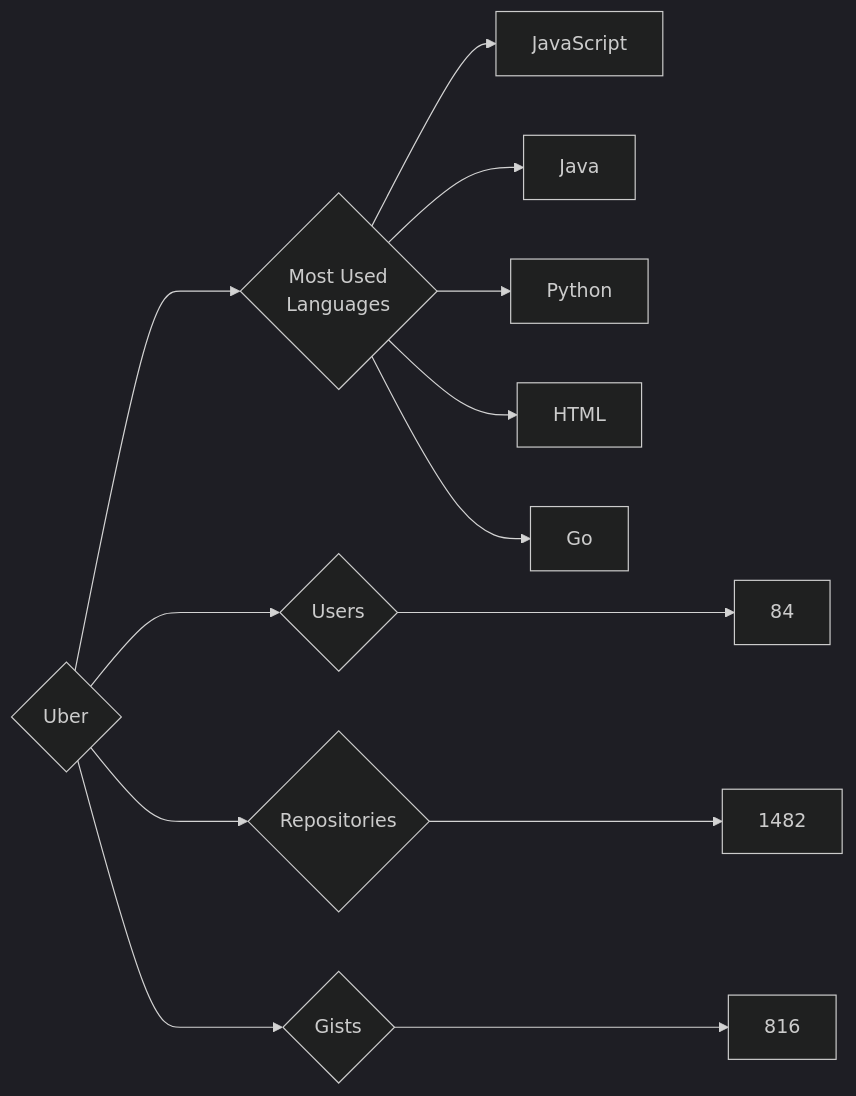
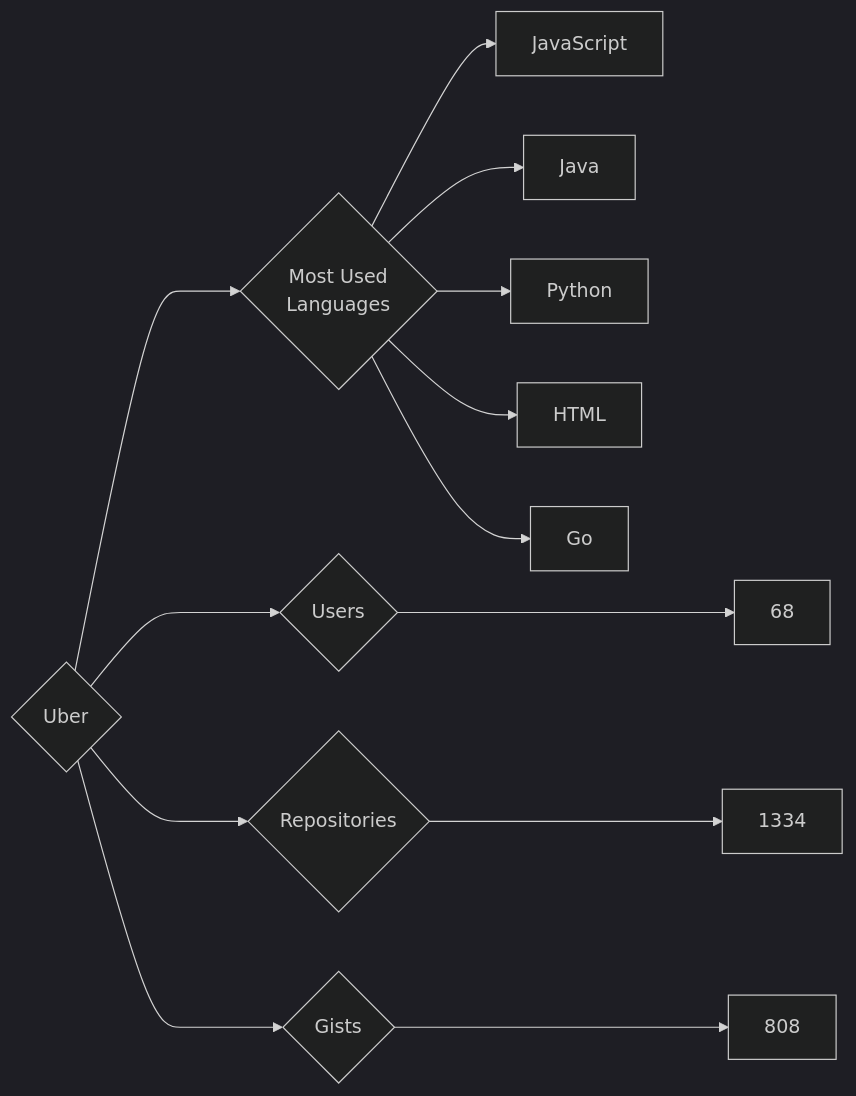
The diagram in targets/Uber/README.md (trickest/insiders), drawn with Mermaid (dark theme) before and after one commit. The commit also changed 677 other files, not shown here.

````diff
--- a/targets/Uber/README.md
+++ b/targets/Uber/README.md
@@ -3,13 +3,13 @@
 ```mermaid
 graph LR
 COMPANY_NAME{Uber}
-COMPANY_NAME ---> U{Users} ---> UN[84]
-COMPANY_NAME ---> R{Repositories} ---> RN[1482]
-COMPANY_NAME ---> G{Gists} ---> GN[816]
+COMPANY_NAME ---> U{Users} ---> UN[68]
+COMPANY_NAME ---> R{Repositories} ---> RN[1334]
+COMPANY_NAME ---> G{Gists} ---> GN[808]
 COMPANY_NAME ---> ML{Most Used<br>Languages}
 ML --> JavaScript[JavaScript]
 ML --> Java[Java]
 ML --> Python[Python]
 ML --> HTML[HTML]
 ML --> Go[Go]
 ```
````
